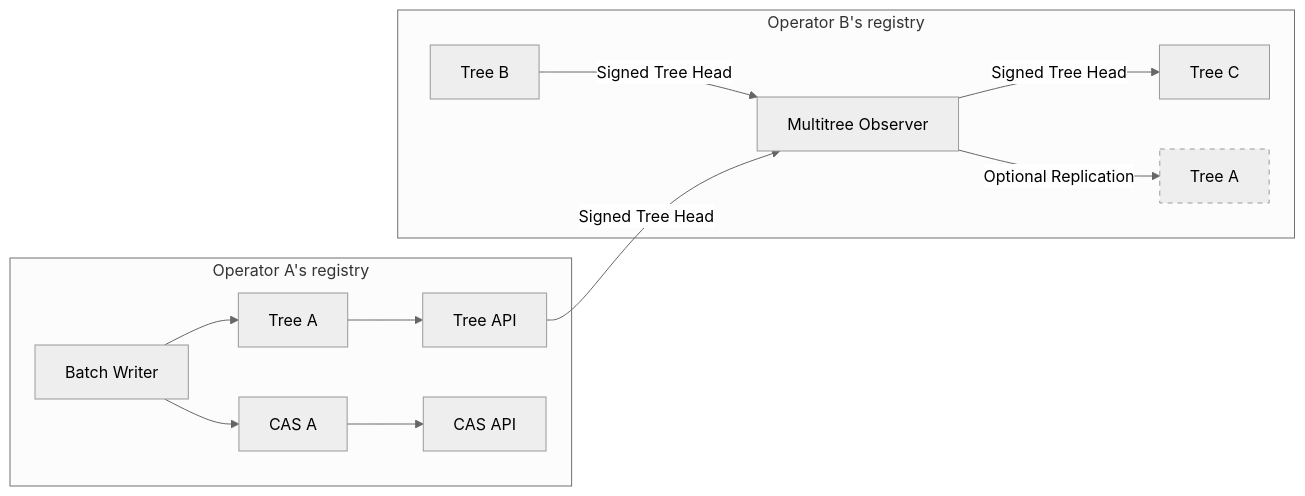
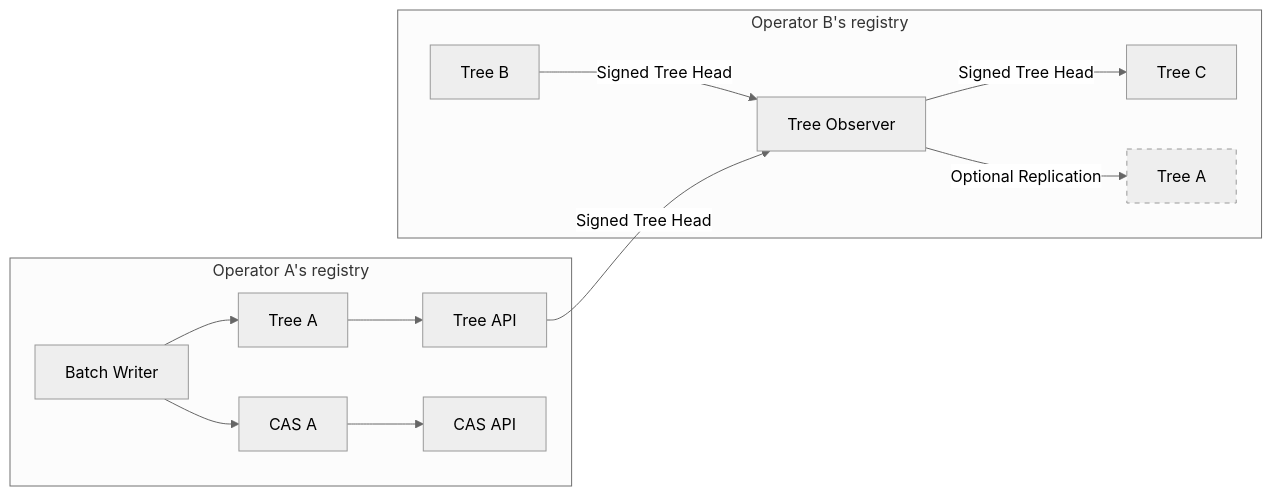
One commit to trustbloc/trustbloc-did-method changed the third of 7 diagrams in docs/whitepaper/federated_sidetree.md. Above: the diagram before and after it, drawn with Mermaid (neutral theme). The commit also changed other lines of this file, not shown here.

````diff
--- a/docs/whitepaper/federated_sidetree.md
+++ b/docs/whitepaper/federated_sidetree.md
@@ -66,22 +67,22 @@
 ```mermaid
 graph LR
     subgraph Operator A's registry
         BWA[Batch Writer]
         BWA --> TA[Tree A]
         BWA --> CASA[CAS A]
         TA --> TAPIA[Tree API]
         CASA --> CASAPIA[CAS API]
     end
     subgraph Operator B's registry
-        OBS[Multitree Observer]
+        OBS[Tree Observer]
         TC[Tree C]
         OBS -->|Signed Tree Head| TC
         TB[Tree B]
         TB -->|Signed Tree Head| OBS
 
         TA2[Tree A]
         style TA2 stroke-dasharray: 5 5
         OBS -->|Optional Replication| TA2
     end
     TAPIA -->|Signed Tree Head| OBS
 ```
````
